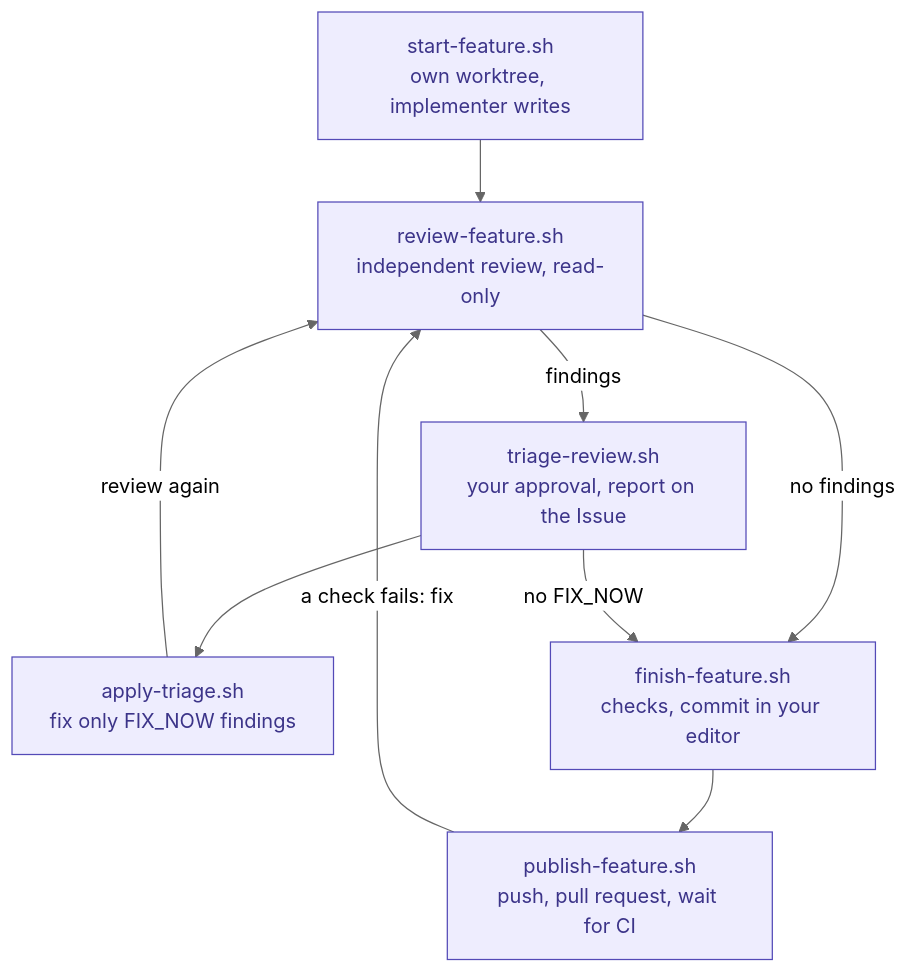
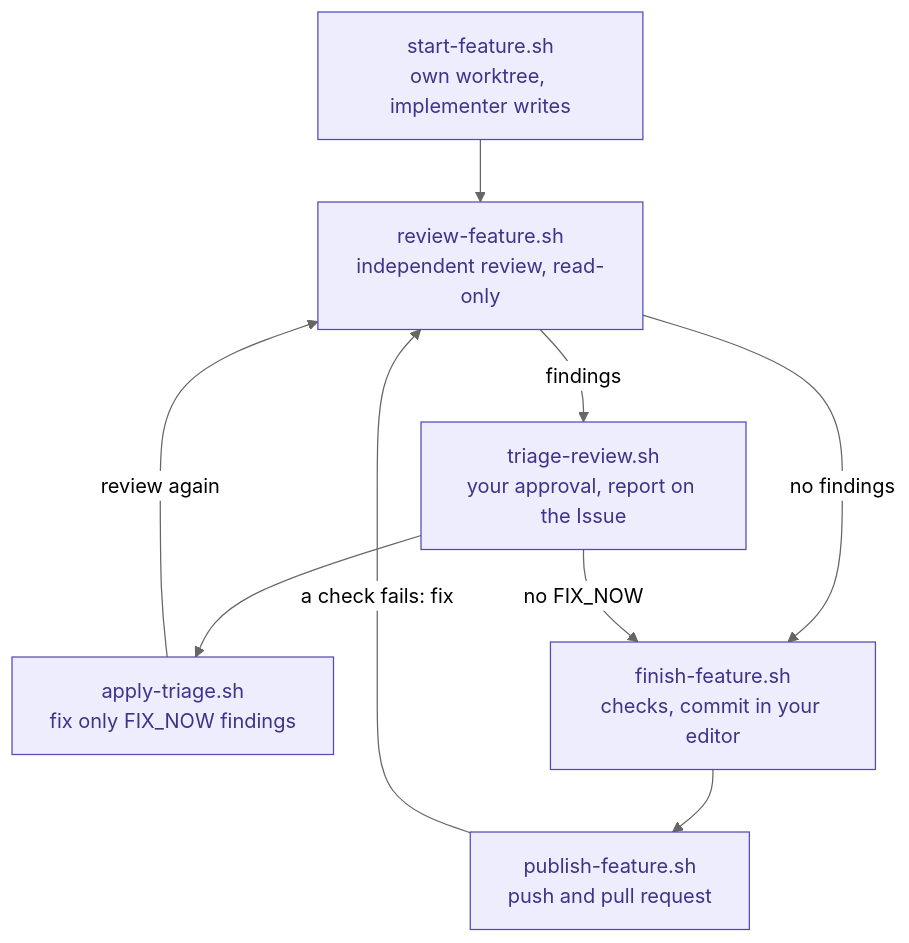
One commit to taspinar/agentic-coding-template changed the fourth of 6 diagrams in docs/workflow.md. Above: the diagram before and after it, drawn with Mermaid (neutral theme). The commit also changed other lines of this file and 10 other files, not shown here.

First line of the commit message:
Do not wait for CI in publish-feature.sh unless asked (#86)

````diff
--- a/docs/workflow.md
+++ b/docs/workflow.md
@@ -123,21 +123,21 @@
 ```mermaid
 flowchart TD
   start["start-feature.sh<br/>own worktree, implementer writes"]
   review["review-feature.sh<br/>independent review, read-only"]
   triage["triage-review.sh<br/>your approval, report on the Issue"]
   apply["apply-triage.sh<br/>fix only FIX_NOW findings"]
   finish["finish-feature.sh<br/>checks, commit in your editor"]
-  publish["publish-feature.sh<br/>push, pull request, wait for CI"]
+  publish["publish-feature.sh<br/>push and pull request"]
 
   start --> review
   review -- findings --> triage
   triage --> apply
   apply -- review again --> review
   review -- no findings --> finish
   triage -- no FIX_NOW --> finish
   finish --> publish
   publish -- a check fails: fix --> review
 
   classDef feat fill:#EEEDFE,stroke:#534AB7,color:#3C3489
   class start,review,triage,apply,finish,publish feat
 ```
````
